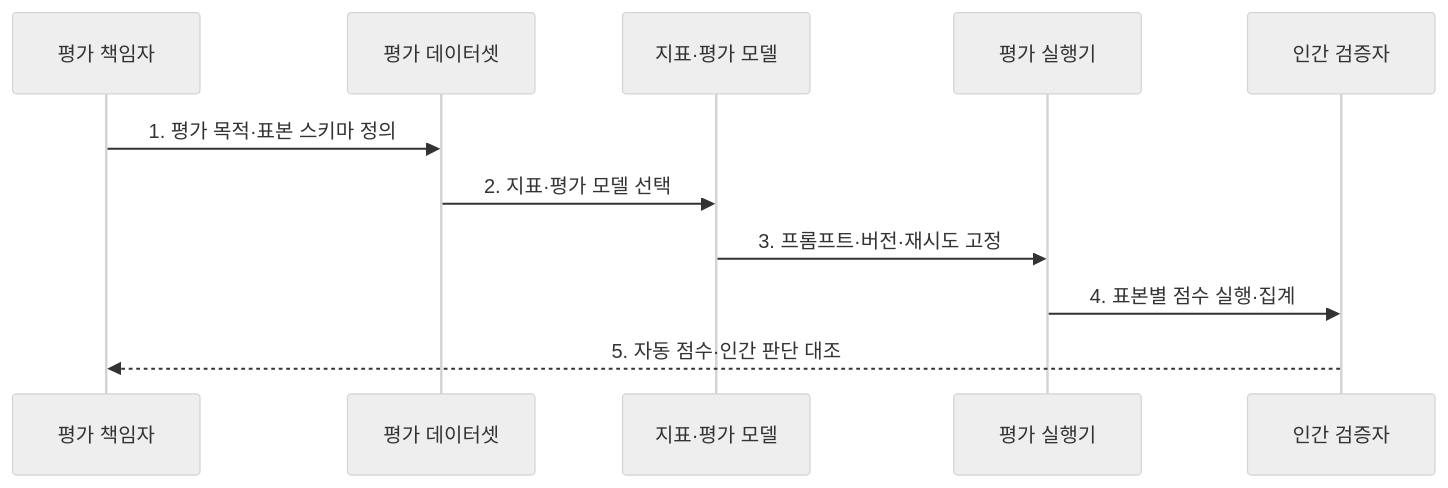
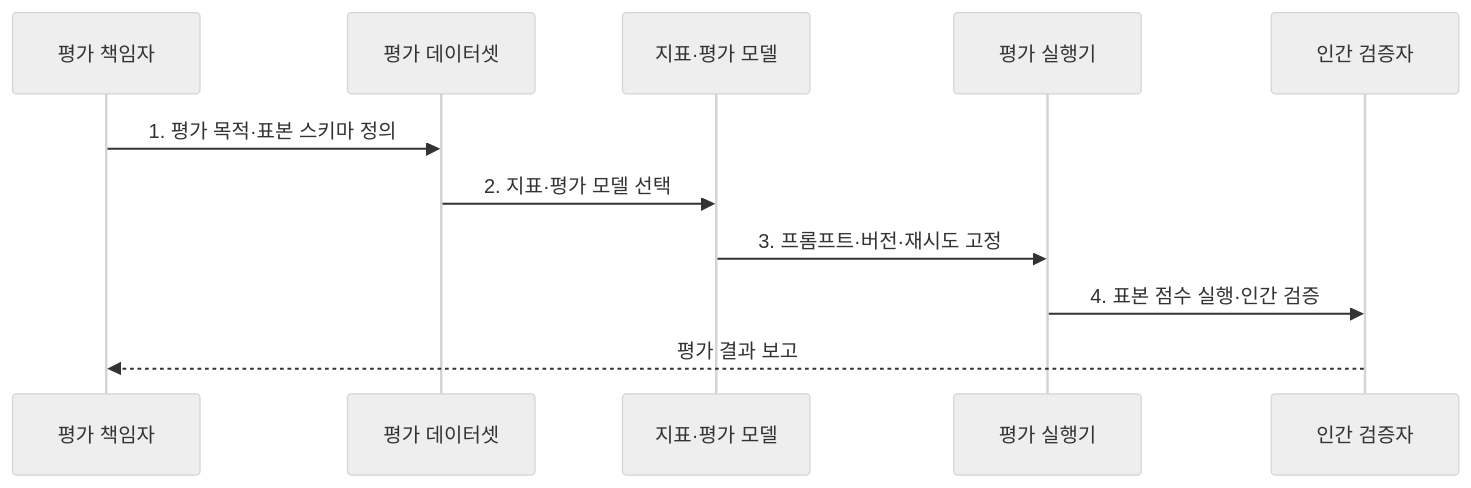
The second of 2 diagrams in src/content/docs/notes/08-latest-tech/082_ragas.md (agnusdei1207/knowledge-base), drawn with Mermaid (neutral theme) before and after one commit. The commit also changed other lines of this file and 225 other files, not shown here.

````diff
--- a/src/content/docs/notes/08-latest-tech/082_ragas.md
+++ b/src/content/docs/notes/08-latest-tech/082_ragas.md
@@ -78,13 +78,13 @@
 ```mermaid
 sequenceDiagram
     participant O as 평가 책임자
     participant D as 평가 데이터셋
     participant M as 지표·평가 모델
     participant X as 평가 실행기
     participant H as 인간 검증자
     O->>D: 1. 평가 목적·표본 스키마 정의
     D->>M: 2. 지표·평가 모델 선택
     M->>X: 3. 프롬프트·버전·재시도 고정
-    X->>H: 4. 표본별 점수 실행·집계
-    H-->>O: 5. 자동 점수·인간 판단 대조
+    X->>H: 4. 표본 점수 실행·인간 검증
+    H-->>O: 평가 결과 보고
 ```
````
